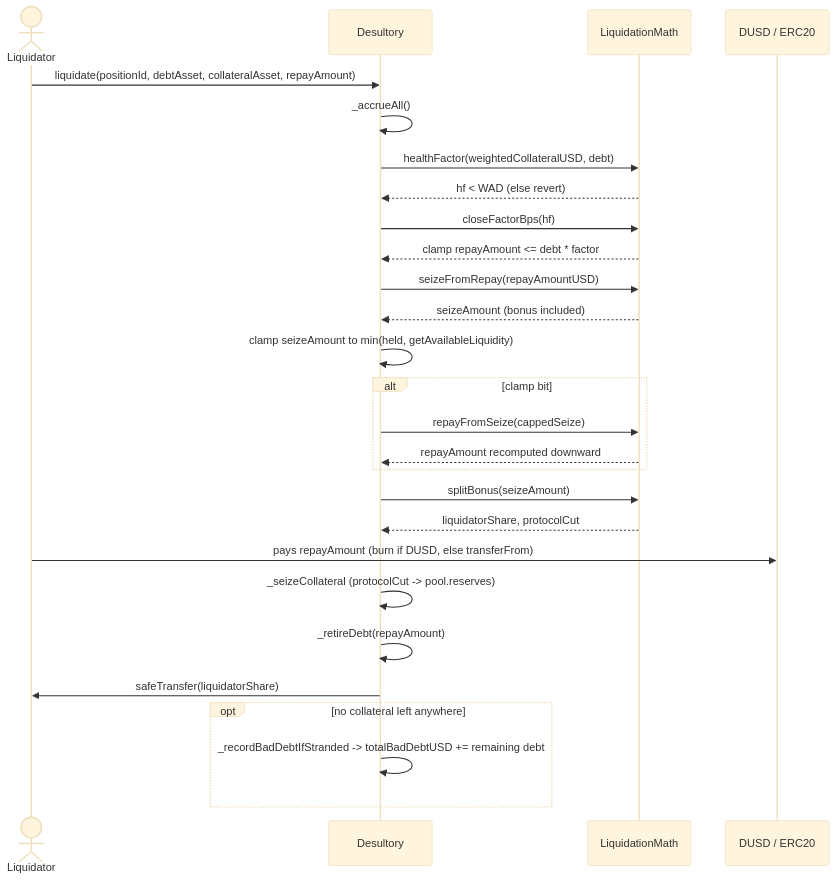
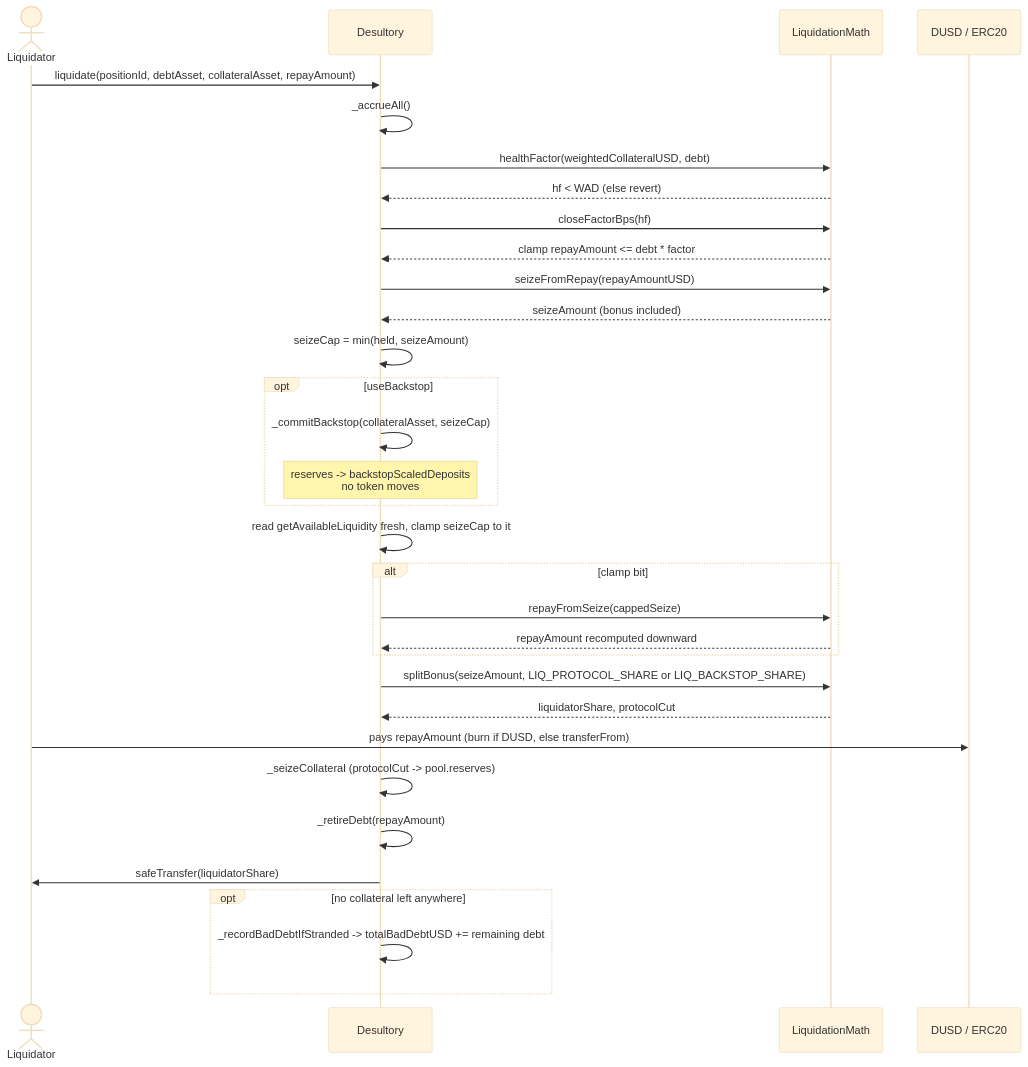
One commit to Soulrealz/Desultory_Lending changed the diagram in docs/Protocol/Liquidations.md. Above: the diagram before and after it, drawn with Mermaid (base theme). The commit also changed other lines of this file and 8 other files, not shown here.

````diff
--- a/docs/Protocol/Liquidations.md
+++ b/docs/Protocol/Liquidations.md
@@ -54,29 +70,34 @@
 ```mermaid
 sequenceDiagram
     actor L as Liquidator
     participant D as Desultory
     participant M as LiquidationMath
     participant DUSD as DUSD / ERC20
     L->>D: liquidate(positionId, debtAsset, collateralAsset, repayAmount)
     D->>D: _accrueAll()
     D->>M: healthFactor(weightedCollateralUSD, debt)
     M-->>D: hf < WAD (else revert)
     D->>M: closeFactorBps(hf)
     M-->>D: clamp repayAmount <= debt * factor
     D->>M: seizeFromRepay(repayAmountUSD)
     M-->>D: seizeAmount (bonus included)
-    D->>D: clamp seizeAmount to min(held, getAvailableLiquidity)
+    D->>D: seizeCap = min(held, seizeAmount)
+    opt useBackstop
+        D->>D: _commitBackstop(collateralAsset, seizeCap)
+        Note over D: reserves -> backstopScaledDeposits<br/>no token moves
+    end
+    D->>D: read getAvailableLiquidity fresh, clamp seizeCap to it
     alt clamp bit
         D->>M: repayFromSeize(cappedSeize)
         M-->>D: repayAmount recomputed downward
     end
-    D->>M: splitBonus(seizeAmount)
+    D->>M: splitBonus(seizeAmount, LIQ_PROTOCOL_SHARE or LIQ_BACKSTOP_SHARE)
     M-->>D: liquidatorShare, protocolCut
     L->>DUSD: pays repayAmount (burn if DUSD, else transferFrom)
     D->>D: _seizeCollateral (protocolCut -> pool.reserves)
     D->>D: _retireDebt(repayAmount)
     D->>L: safeTransfer(liquidatorShare)
     opt no collateral left anywhere
         D->>D: _recordBadDebtIfStranded -> totalBadDebtUSD += remaining debt
     end
 ```
````
